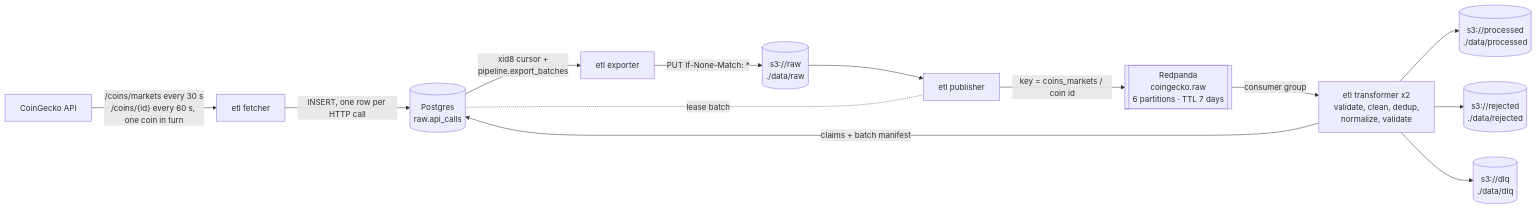
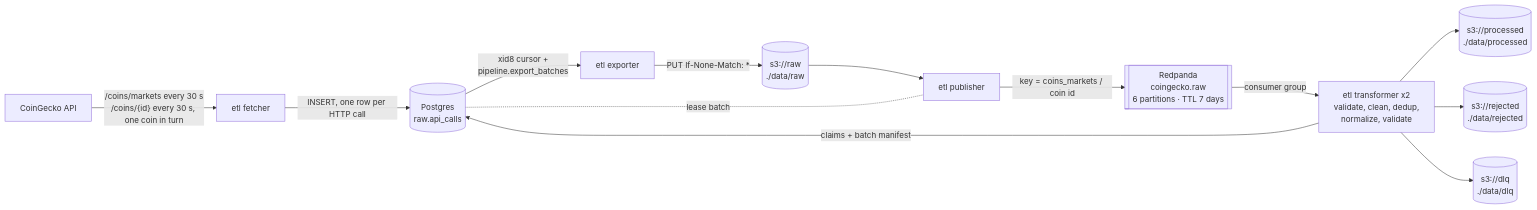
Before and after one commit to earlyr1/coingecko-etl: the diagram in README.md, drawn with Mermaid. The commit also changed other lines of this file and 6 other files, not shown here.

First line of the commit message:
feat(fetcher): poll one coin every 30 s, between the markets calls

````diff
--- a/README.md
+++ b/README.md
@@ -28,15 +28,15 @@
 ```mermaid
 flowchart LR
-    CG[CoinGecko API] -->|"/coins/markets every 30 s<br/>/coins/{id} every 60 s, one coin in turn"| F[etl fetcher]
+    CG[CoinGecko API] -->|"/coins/markets every 30 s<br/>/coins/{id} every 30 s, one coin in turn"| F[etl fetcher]
     F -->|"INSERT, one row per HTTP call"| PG[("Postgres<br/>raw.api_calls")]
     PG -->|"xid8 cursor +<br/>pipeline.export_batches"| E[etl exporter]
     E -->|"PUT If-None-Match: *"| RAW[("s3://raw<br/>./data/raw")]
     RAW --> P[etl publisher]
     PG -. "lease batch" .- P
     P -->|"key = coins_markets / coin id"| K[["Redpanda<br/>coingecko.raw<br/>6 partitions · TTL 7 days"]]
     K -->|consumer group| T["etl transformer x2<br/>validate, clean, dedup,<br/>normalize, validate"]
     T -->|claims + batch manifest| PG
     T --> PROC[("s3://processed<br/>./data/processed")]
     T --> REJ[("s3://rejected<br/>./data/rejected")]
     T --> DLQ[("s3://dlq<br/>./data/dlq")]
 ```
````
